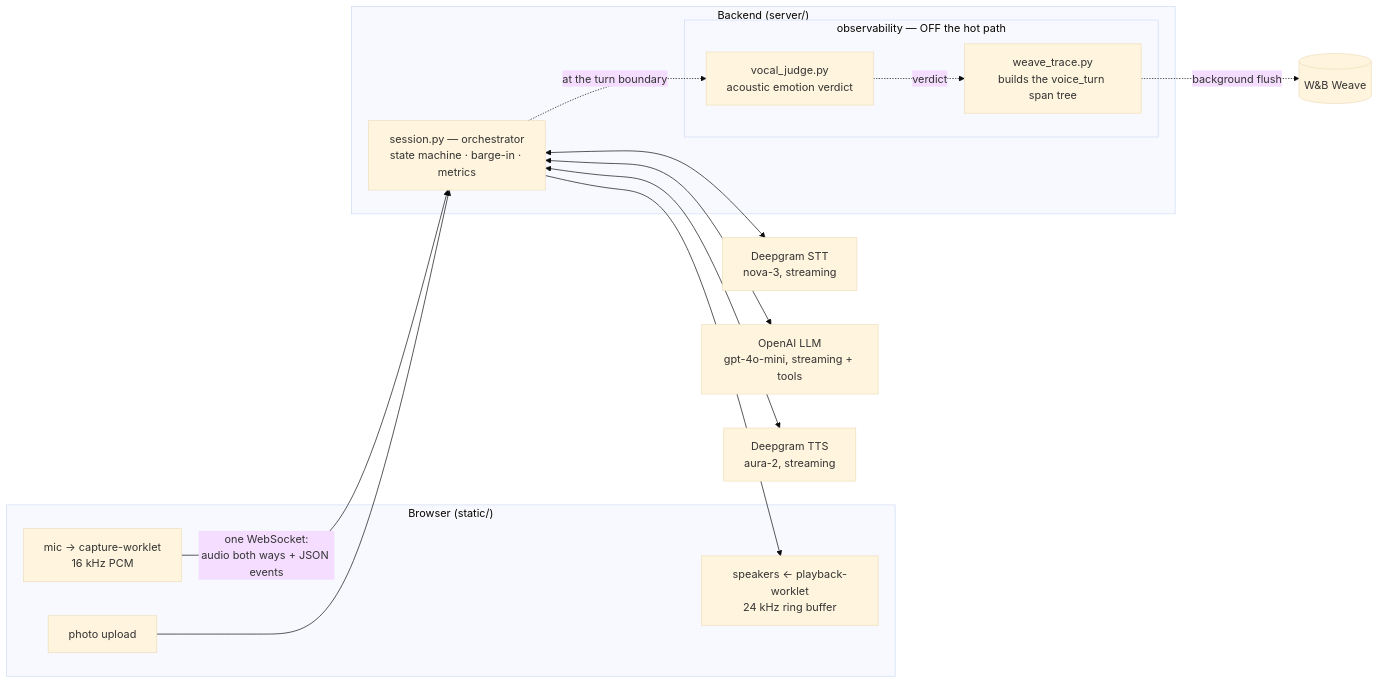
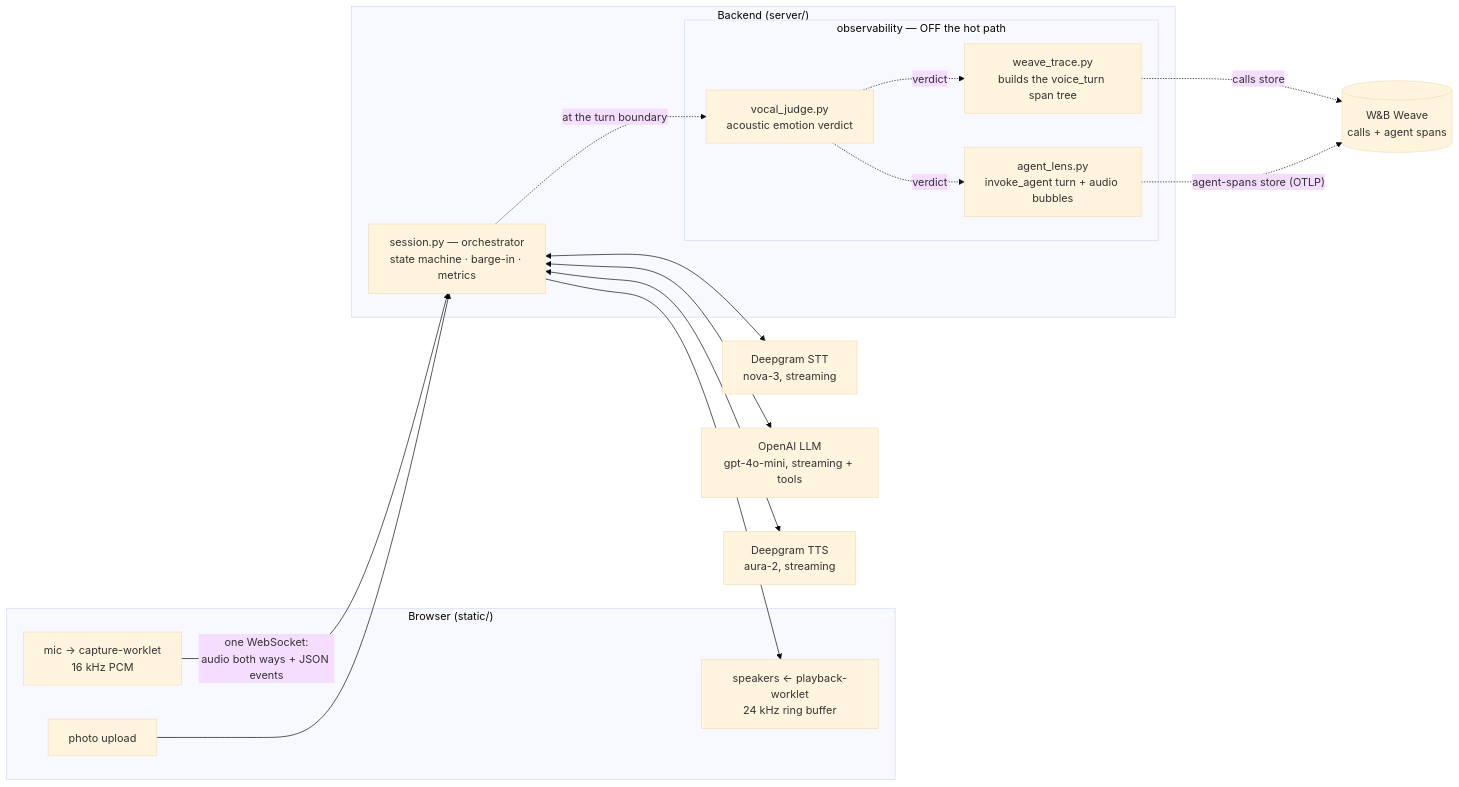
The first of 2 diagrams in docs/05-architecture.md (jbutt-wandb/voice_repair_agent), drawn with Mermaid (base theme) before and after one commit. The commit also changed other lines of this file and 4 other files, not shown here.

````diff
--- a/docs/05-architecture.md
+++ b/docs/05-architecture.md
@@ -17,31 +17,34 @@
 ```mermaid
 flowchart LR
     subgraph Browser["Browser (static/)"]
         MIC["mic → capture-worklet<br/>16 kHz PCM"]
         SPK["speakers ← playback-worklet<br/>24 kHz ring buffer"]
         CAM["photo upload"]
     end
 
     subgraph Server["Backend (server/)"]
         S["session.py — orchestrator<br/>state machine · barge-in · metrics"]
         subgraph Obs["observability — OFF the hot path"]
             VJ["vocal_judge.py<br/>acoustic emotion verdict"]
             WT["weave_trace.py<br/>builds the voice_turn span tree"]
+            AL["agent_lens.py<br/>invoke_agent turn + audio bubbles"]
         end
     end
 
     STT["Deepgram STT<br/>nova-3, streaming"]
     LLM["OpenAI LLM<br/>gpt-4o-mini, streaming + tools"]
     TTS["Deepgram TTS<br/>aura-2, streaming"]
-    WB[("W&amp;B Weave")]
+    WB[("W&amp;B Weave<br/>calls + agent spans")]
 
     MIC -- "one WebSocket:<br/>audio both ways + JSON events" --> S
     CAM --> S
     S --> SPK
     S <--> STT
     S <--> LLM
     S <--> TTS
     S -. "at the turn boundary" .-> VJ
     VJ -. "verdict" .-> WT
-    WT -. "background flush" .-> WB
+    VJ -. "verdict" .-> AL
+    WT -. "calls store" .-> WB
+    AL -. "agent-spans store (OTLP)" .-> WB
 ```
````
